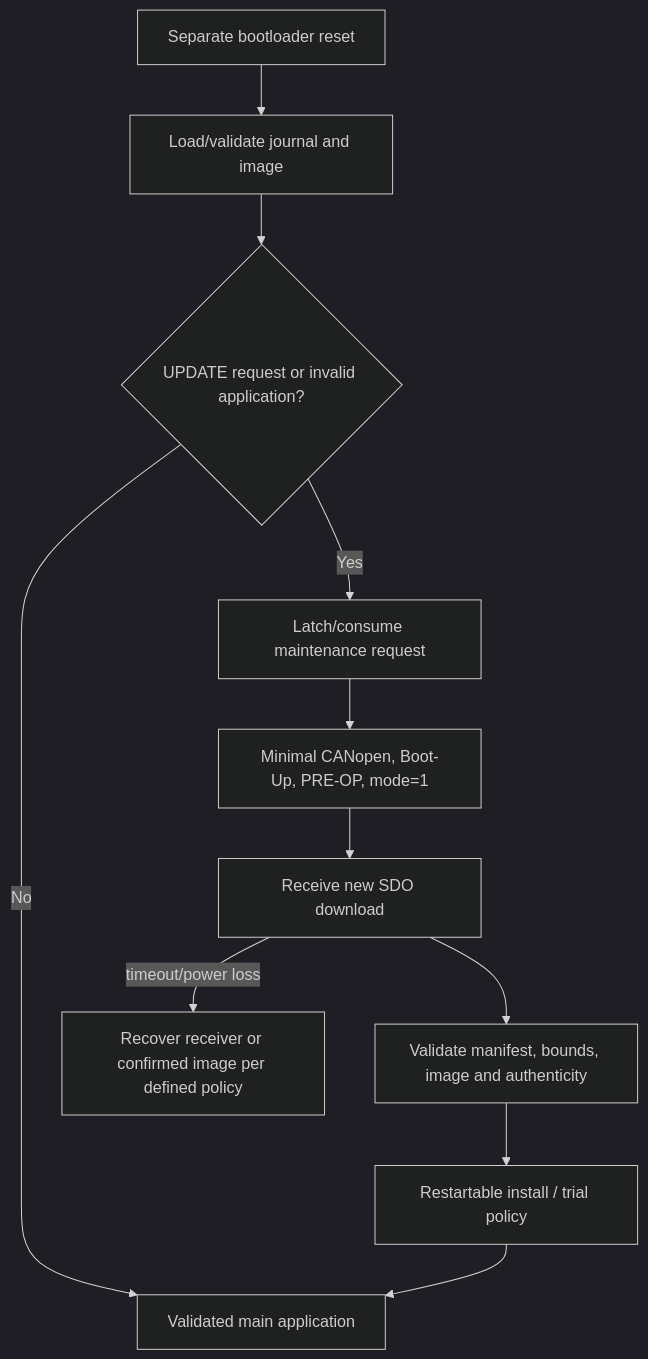
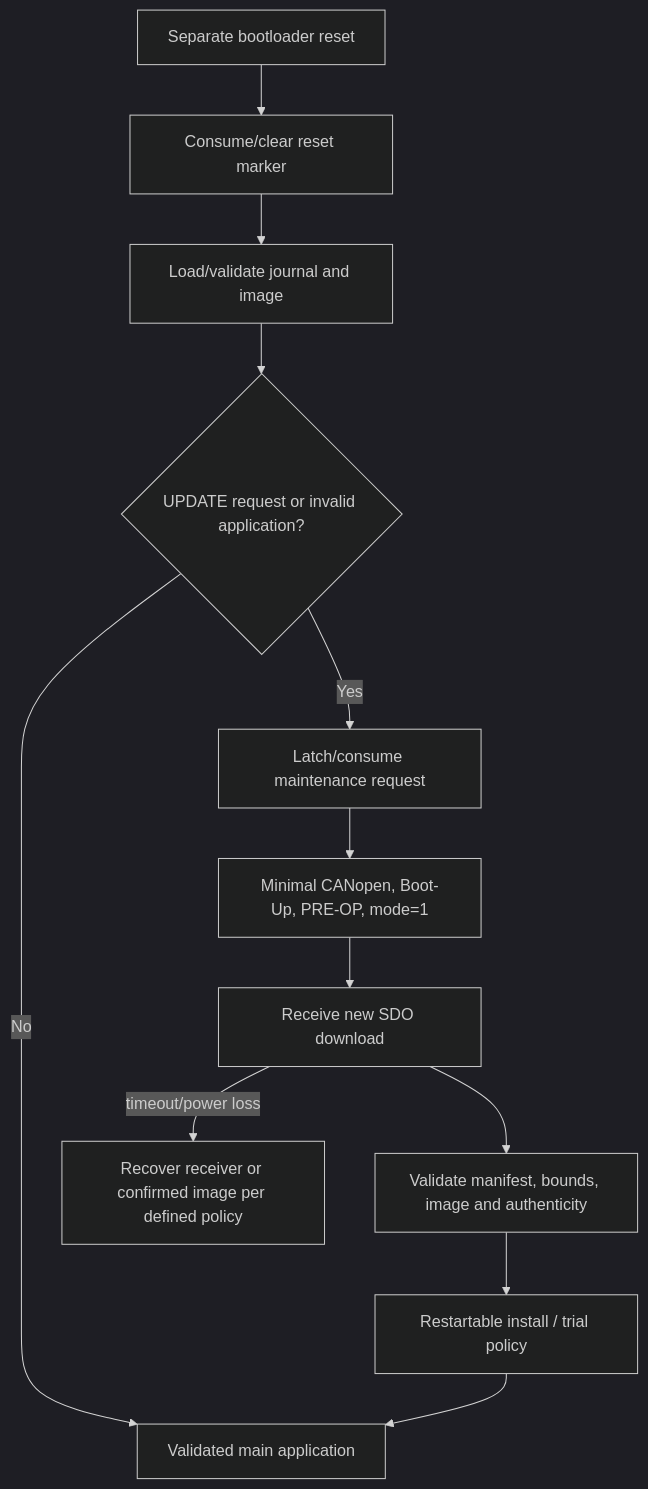
One commit to MateuszTarka00/VEGA_CANOPEN_TRANSLATOR_STM32 changed the third of 3 diagrams in CANOPEN_INTEGRATION.md. Above: the diagram before and after it, drawn with Mermaid (dark theme). The commit also changed other lines of this file and 6 other files, not shown here.

````diff
--- a/CANOPEN_INTEGRATION.md
+++ b/CANOPEN_INTEGRATION.md
@@ -504,13 +556,14 @@
 ```mermaid
 flowchart TD
-    R[Separate bootloader reset] --> J[Load/validate journal and image]
+    R[Separate bootloader reset] --> M[Consume/clear reset marker]
+    M --> J[Load/validate journal and image]
     J --> U{UPDATE request or invalid application?}
     U -->|No| A[Validated main application]
     U -->|Yes| L[Latch/consume maintenance request]
     L --> C[Minimal CANopen, Boot-Up, PRE-OP, mode=1]
     C --> D[Receive new SDO download]
     D --> V[Validate manifest, bounds, image and authenticity]
     V --> I[Restartable install / trial policy]
     I --> A
     D -->|timeout/power loss| REC[Recover receiver or confirmed image per defined policy]
 ```
````
